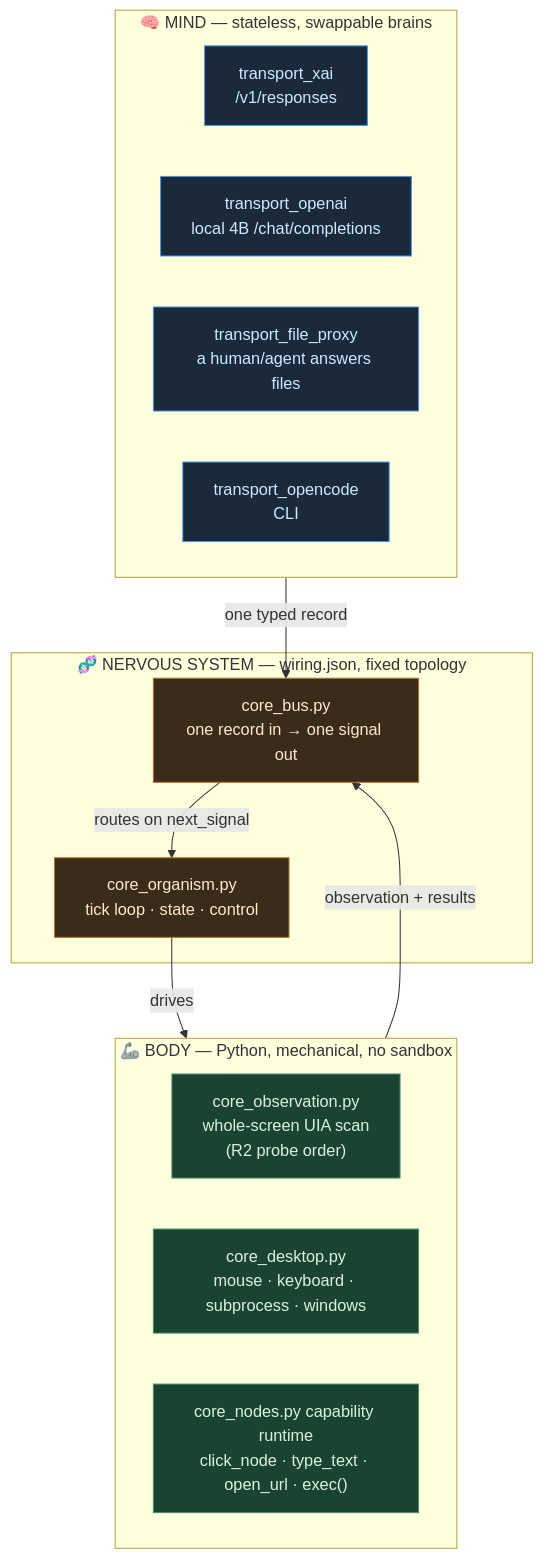
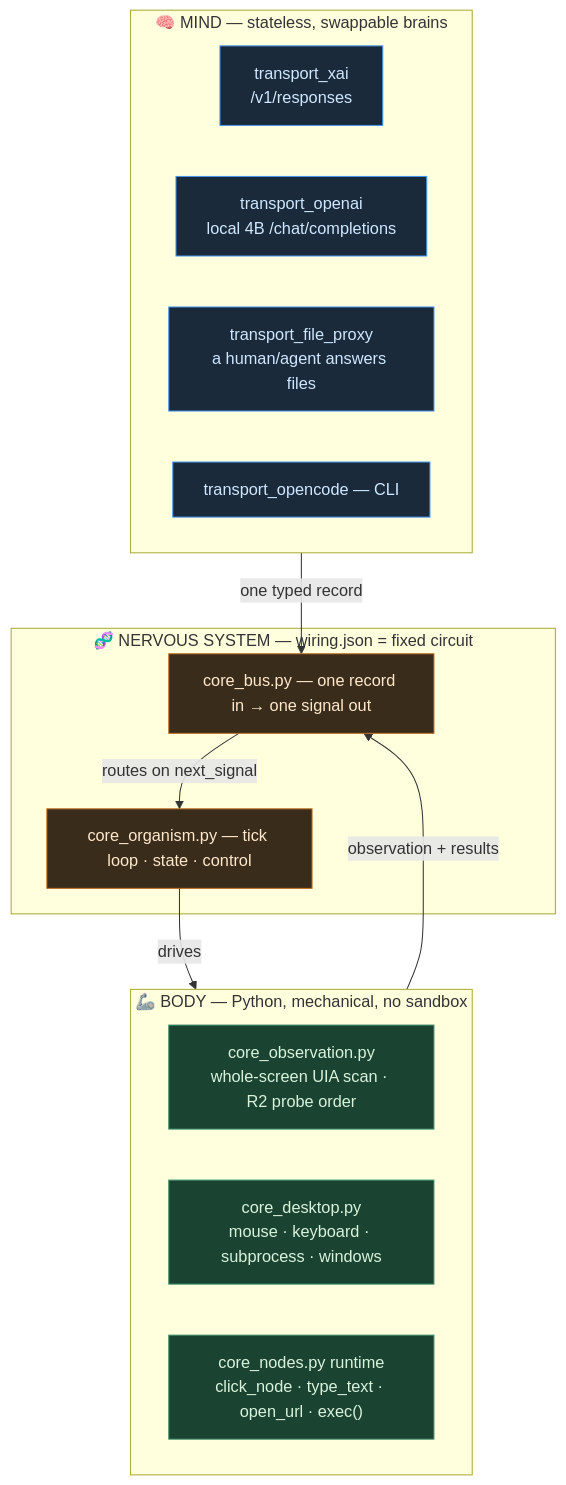
Before and after one commit to wgabrys88/endgame-ai: the first of 4 diagrams in README.md, drawn with Mermaid. The commit also changed other lines of this file, not shown here.

````diff
--- a/README.md
+++ b/README.md
@@ -89,28 +68,28 @@
 ```mermaid
 graph TB
     subgraph BODY["🦾 BODY — Python, mechanical, no sandbox"]
-        UIA["core_observation.py<br/>whole-screen UIA scan<br/>(R2 probe order)"]
+        UIA["core_observation.py<br/>whole-screen UIA scan · R2 probe order"]
         DESK["core_desktop.py<br/>mouse · keyboard · subprocess · windows"]
-        RT["core_nodes.py capability runtime<br/>click_node · type_text · open_url · exec()"]
+        RT["core_nodes.py runtime<br/>click_node · type_text · open_url · exec()"]
     end
-    subgraph NERVE["🧬 NERVOUS SYSTEM — wiring.json, fixed topology"]
-        BUS["core_bus.py<br/>one record in → one signal out"]
-        ORG["core_organism.py<br/>tick loop · state · control"]
+    subgraph NERVE["🧬 NERVOUS SYSTEM — wiring.json = fixed circuit"]
+        BUS["core_bus.py — one record in → one signal out"]
+        ORG["core_organism.py — tick loop · state · control"]
     end
     subgraph MIND["🧠 MIND — stateless, swappable brains"]
         XAI["transport_xai<br/>/v1/responses"]
         OAI["transport_openai<br/>local 4B /chat/completions"]
         FP["transport_file_proxy<br/>a human/agent answers files"]
-        OC["transport_opencode<br/>CLI"]
+        OC["transport_opencode — CLI"]
     end
     MIND -->|one typed record| BUS
     BUS -->|routes on next_signal| ORG
     ORG -->|drives| BODY
     BODY -->|observation + results| BUS
     classDef body fill:#1b4332,stroke:#40916c,color:#d8f3dc
     classDef nerve fill:#3a2c1a,stroke:#bc6c25,color:#ffe8cc
     classDef mind fill:#1a2a3a,stroke:#4895ef,color:#cfe8ff
     class UIA,DESK,RT body
     class BUS,ORG nerve
     class XAI,OAI,FP,OC mind
 ```
````
